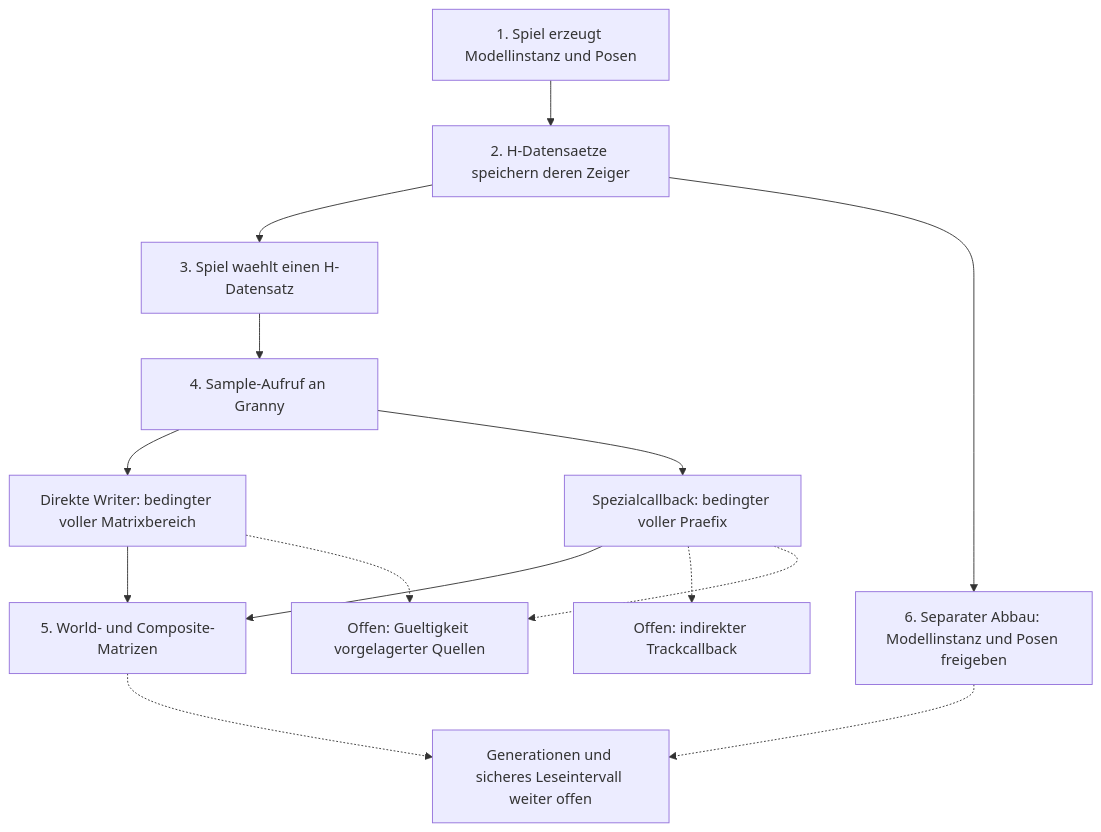
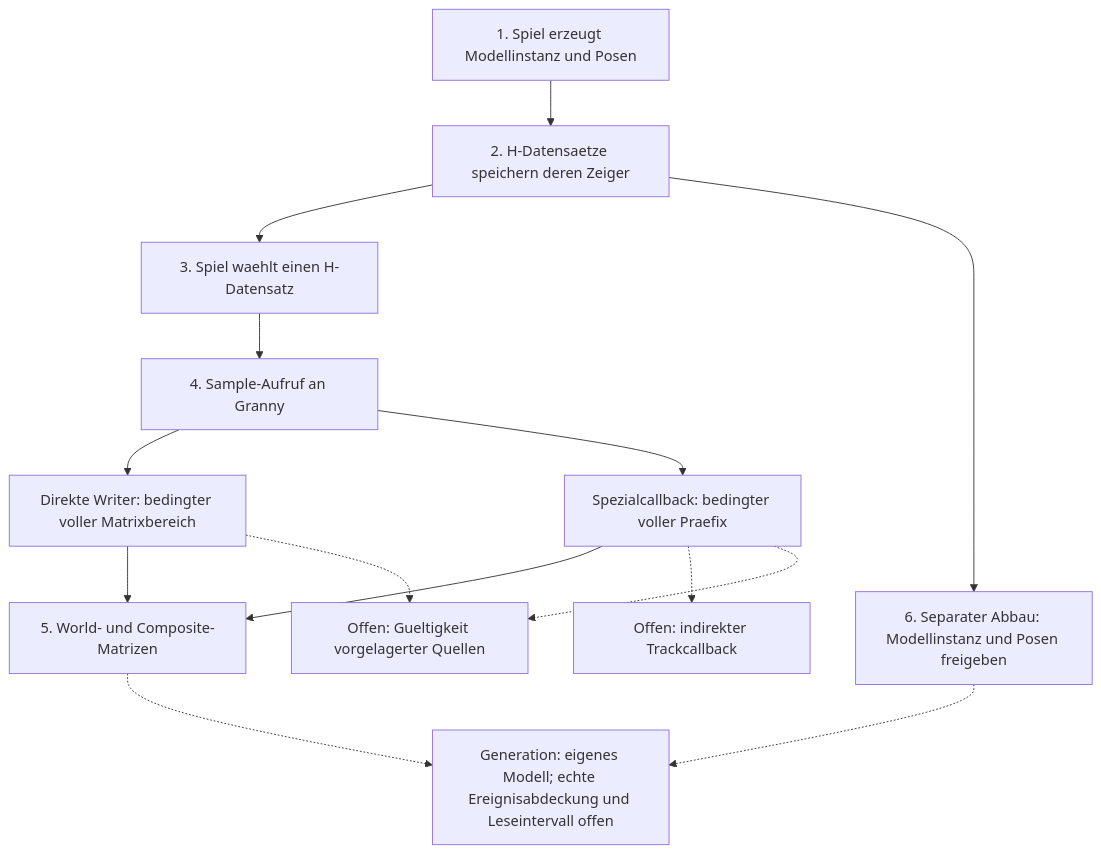
One commit to crycodebaby/Stronghold2PerformanceResearch changed the diagram in docs/ANIMATION_KNOWLEDGE_MAP.md. Above: the diagram before and after it, drawn with Mermaid. The commit also changed other lines of this file and 15 other files, not shown here.

````diff
--- a/docs/ANIMATION_KNOWLEDGE_MAP.md
+++ b/docs/ANIMATION_KNOWLEDGE_MAP.md
@@ -14,27 +14,27 @@
 ```mermaid
 flowchart TD
     Create["1. Spiel erzeugt Modellinstanz und Posen"]
     Records["2. H-Datensaetze speichern deren Zeiger"]
     Select["3. Spiel waehlt einen H-Datensatz"]
     Sample["4. Sample-Aufruf an Granny"]
     Direct["Direkte Writer: bedingter voller Matrixbereich"]
     Special["Spezialcallback: bedingter voller Praefix"]
     Gaps["Offen: indirekter Trackcallback"]
     Sources["Offen: Gueltigkeit vorgelagerter Quellen"]
     Output["5. World- und Composite-Matrizen"]
     Cleanup["6. Separater Abbau: Modellinstanz und Posen freigeben"]
-    Limits["Generationen und sicheres Leseintervall weiter offen"]
+    Limits["Generation: eigenes Modell; echte Ereignisabdeckung und Leseintervall offen"]
     Create --> Records
     Records --> Select
     Select --> Sample
     Sample --> Direct
     Sample --> Special
     Direct --> Output
     Special --> Output
     Special -.-> Gaps
     Direct -.-> Sources
     Special -.-> Sources
     Records --> Cleanup
     Output -.-> Limits
     Cleanup -.-> Limits
 ```
````
